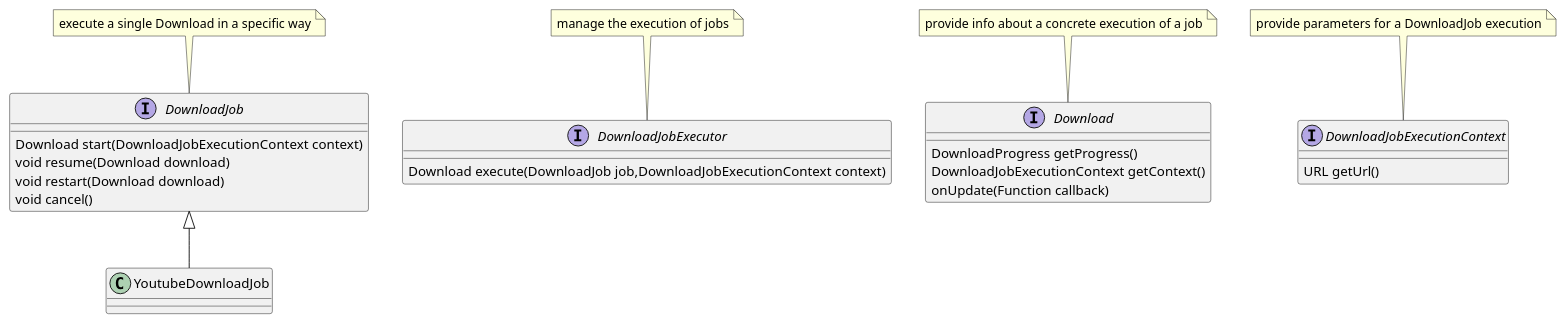
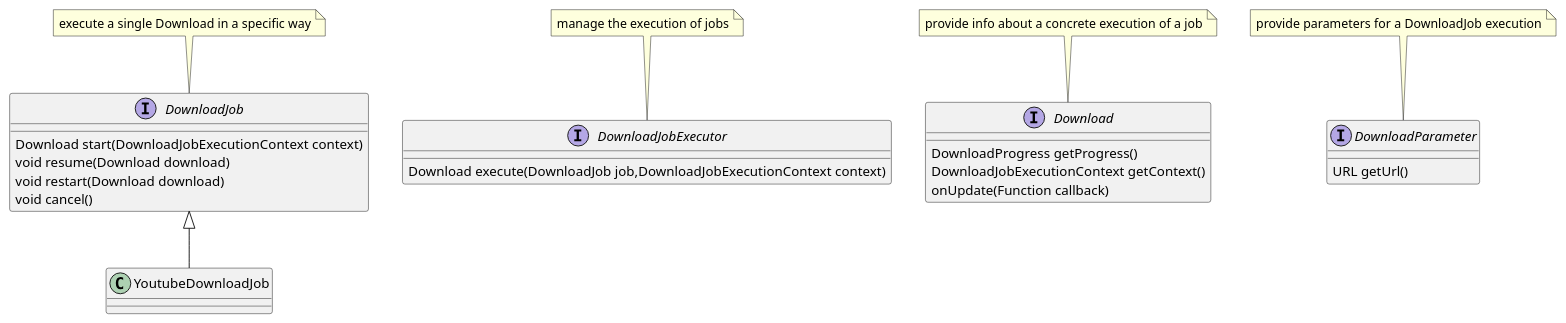
Before and after one commit to lumue/getdown: the diagram in doc/src/doc/uml/job.puml, drawn with PlantUML.

Commit message:
work on new job execution

```diff
--- a/doc/src/doc/uml/job.puml
+++ b/doc/src/doc/uml/job.puml
@@ -1,30 +1,30 @@
 @startuml
 interface DownloadJob{
     Download start(DownloadJobExecutionContext context)
     void resume(Download download)
     void restart(Download download)
     void cancel()
 }
 note top:execute a single Download in a specific way
 
 class YoutubeDownloadJob
 YoutubeDownloadJob -up-|> DownloadJob
 
 interface DownloadJobExecutor{
     Download execute(DownloadJob job,DownloadJobExecutionContext context)
 }
 note top:manage the execution of jobs
 
 interface Download{
     DownloadProgress getProgress()
     DownloadJobExecutionContext getContext()
     onUpdate(Function callback)
 }
 note top:provide info about a concrete execution of a job
 
-interface DownloadJobExecutionContext{
+interface DownloadParameter{
     URL getUrl()
 }
 note top:provide parameters for a DownloadJob execution
 
 @enduml
```
